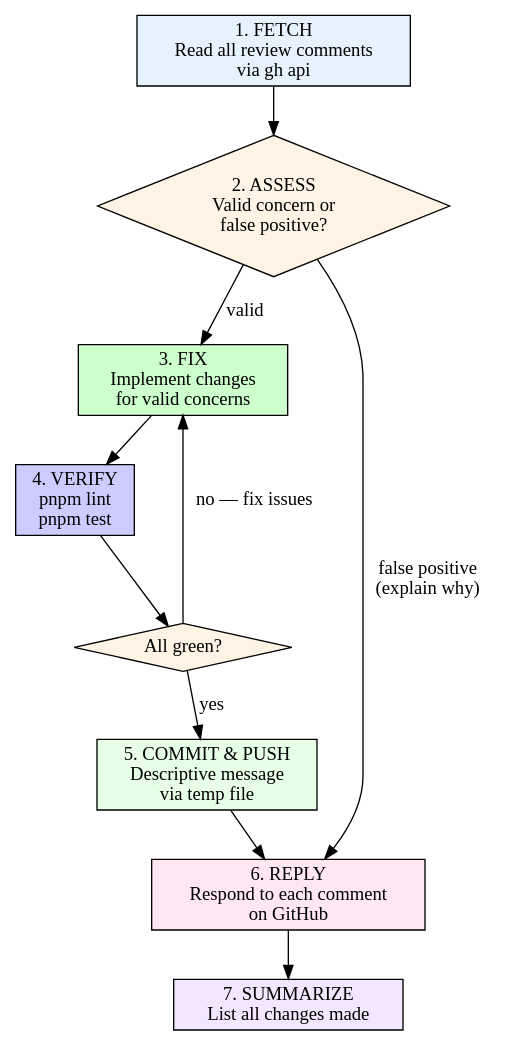
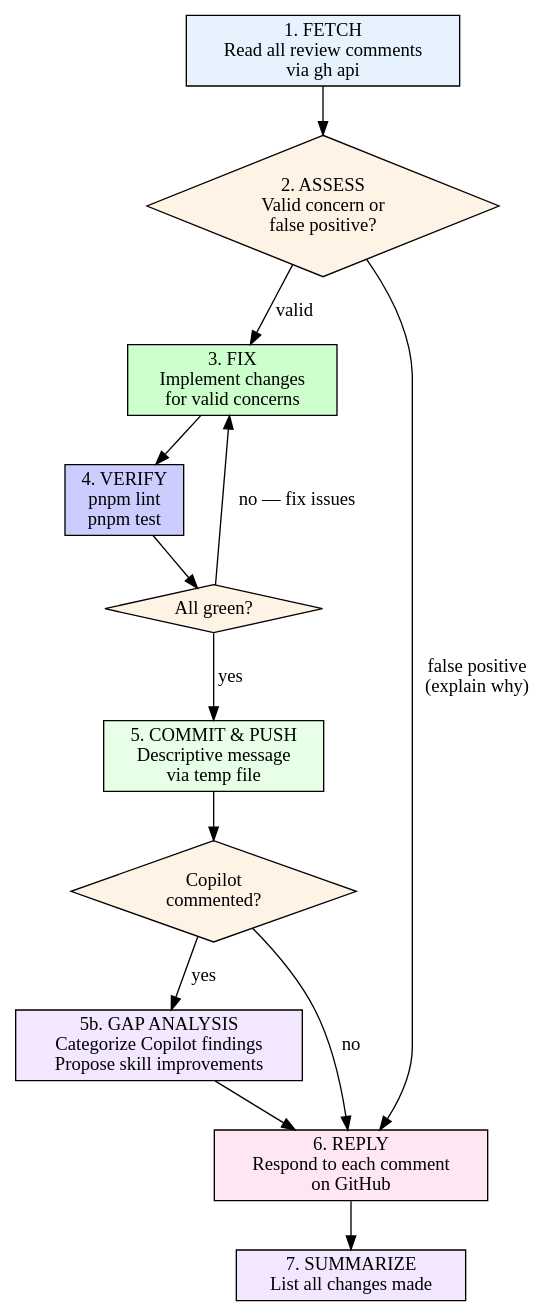
The diagram in .claude/skills/pr-review-response/SKILL.md (gcko/pendulum-of-despair), drawn with Graphviz before and after one commit. The commit also changed other lines of this file and 1 other file, not shown here.

First line of the commit message:
feat(shared): add Copilot gap analysis to pr-review-response

````diff
--- a/.claude/skills/pr-review-response/SKILL.md
+++ b/.claude/skills/pr-review-response/SKILL.md
@@ -18,25 +18,30 @@
 ```dot
 digraph pr_review {
     rankdir=TB;
     node [shape=box, style=filled, fillcolor=lightblue];
 
     fetch [label="1. FETCH\nRead all review comments\nvia gh api", fillcolor="#e6f3ff"];
     assess [label="2. ASSESS\nValid concern or\nfalse positive?", shape=diamond, fillcolor="#fff3e6"];
     fix [label="3. FIX\nImplement changes\nfor valid concerns", fillcolor="#ccffcc"];
     verify [label="4. VERIFY\npnpm lint\npnpm test", fillcolor="#ccccff"];
     green [label="All green?", shape=diamond, fillcolor="#fff3e6"];
     commit [label="5. COMMIT & PUSH\nDescriptive message\nvia temp file", fillcolor="#e6ffe6"];
+    copilot [label="Copilot\ncommented?", shape=diamond, fillcolor="#fff3e6"];
+    gap [label="5b. GAP ANALYSIS\nCategorize Copilot findings\nPropose skill improvements", fillcolor="#f3e6ff"];
     reply [label="6. REPLY\nRespond to each comment\non GitHub", fillcolor="#ffe6f3"];
     summarize [label="7. SUMMARIZE\nList all changes made", fillcolor="#f3e6ff"];
 
     fetch -> assess;
     assess -> fix [label="valid"];
     assess -> reply [label="false positive\n(explain why)"];
     fix -> verify;
     verify -> green;
     green -> commit [label="yes"];
     green -> fix [label="no — fix issues"];
-    commit -> reply;
+    commit -> copilot;
+    copilot -> gap [label="yes"];
+    copilot -> reply [label="no"];
+    gap -> reply;
     reply -> summarize;
 }
 ```
````
